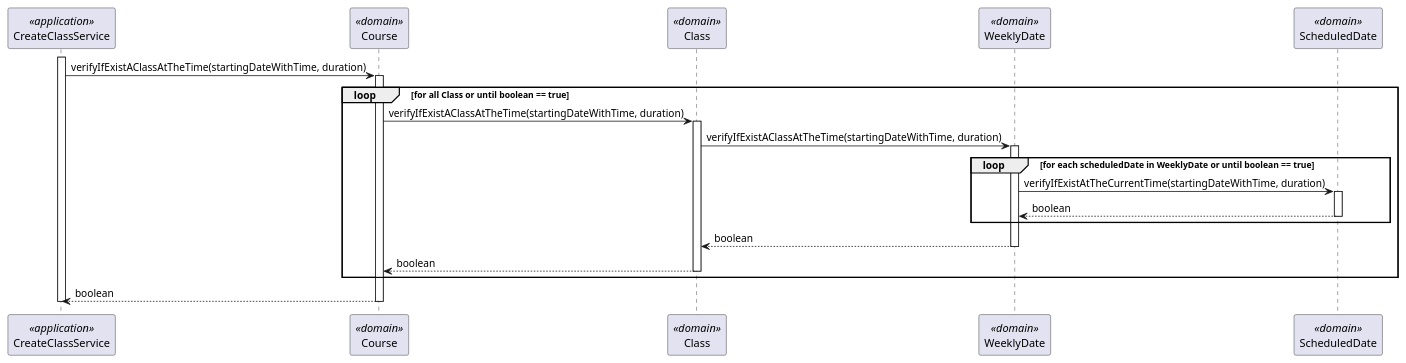
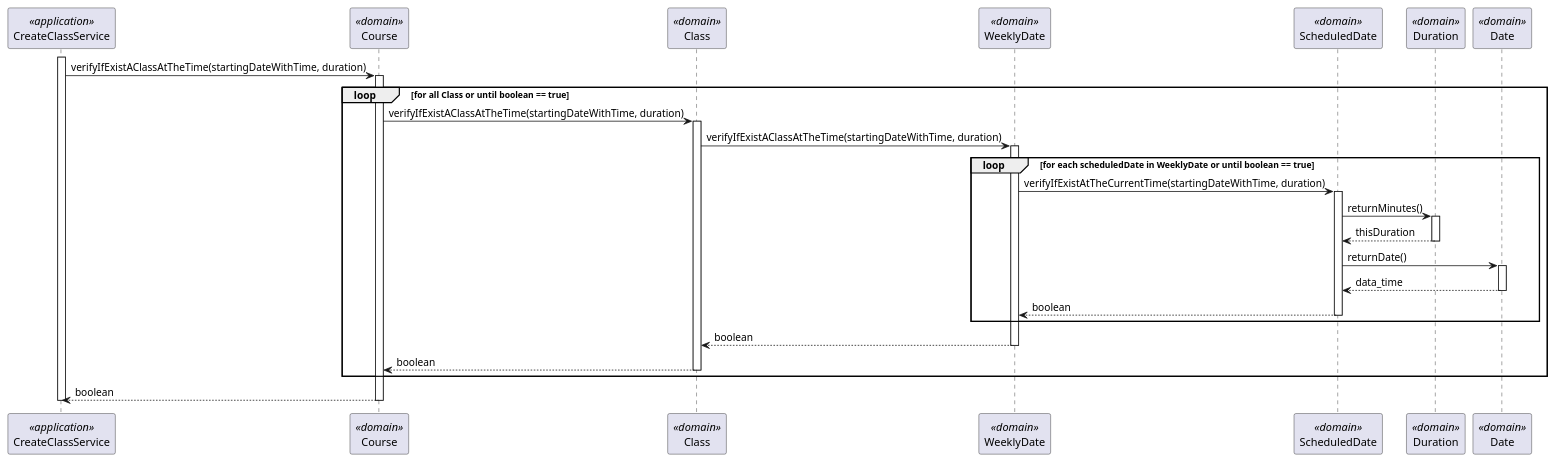
One commit to Marco-Nobrega-Andrade/sem4pi_22_23 changed the diagram in docs/Sprint_B/us_1010/SD_VerifyIfExistAClassAtTheTime.puml. Above: the diagram before and after it, drawn with PlantUML. The commit also changed 5 other files, not shown here.

Commit message:
[US_1010][Design] Correction the SD_VerifyIfExistAClassAtTheTime and SD_VerifyIfExistAnExtraClassAtTheTime, added domain Duration and domain Date and their respective methods

```diff
--- a/docs/Sprint_B/us_1010/SD_VerifyIfExistAClassAtTheTime.puml
+++ b/docs/Sprint_B/us_1010/SD_VerifyIfExistAClassAtTheTime.puml
@@ -1,35 +1,46 @@
 @startuml
 'https://plantuml.com/sequence-diagram
 
 participant CreateClassService as service <<application>>
 participant Course as course <<domain>>
 participant Class as courseClass <<domain>>
 participant WeeklyDate as weeklyDate <<domain>>
 participant ScheduledDate as scheduleDate <<domain>>
+participant Duration as duration <<domain>>
+participant Date as date <<domain>>
 
 activate service
 service -> course: verifyIfExistAClassAtTheTime(startingDateWithTime, duration)
 activate course
 
 loop for all Class or until boolean == true
 course -> courseClass: verifyIfExistAClassAtTheTime(startingDateWithTime, duration)
 activate courseClass
 courseClass -> weeklyDate: verifyIfExistAClassAtTheTime(startingDateWithTime, duration)
 activate weeklyDate
 loop for each scheduledDate in WeeklyDate or until boolean == true
 weeklyDate -> scheduleDate: verifyIfExistAtTheCurrentTime(startingDateWithTime, duration)
 activate scheduleDate
+scheduleDate -> duration : returnMinutes()
+activate duration
+duration --> scheduleDate : thisDuration
+deactivate duration
+scheduleDate -> date : returnDate()
+activate date
+date --> scheduleDate : data_time
+deactivate date
+
 scheduleDate --> weeklyDate: boolean
 deactivate scheduleDate
 end
 weeklyDate --> courseClass: boolean
 deactivate weeklyDate
 courseClass -->course: boolean
 deactivate courseClass
 end
 course --> service: boolean
 deactivate course
 deactivate service
 
 
 @enduml
```
